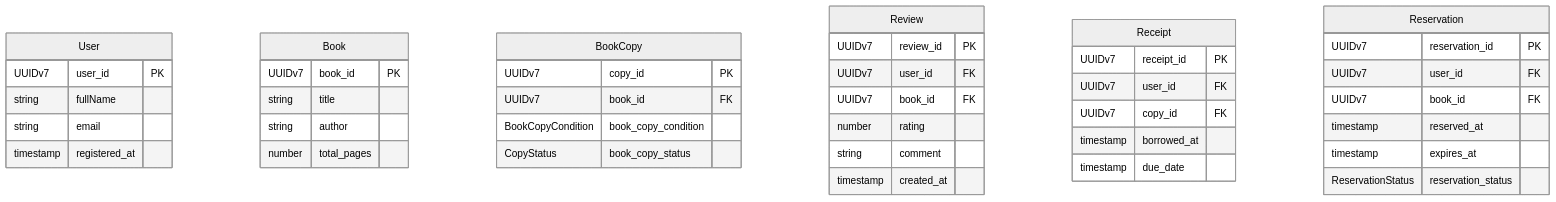
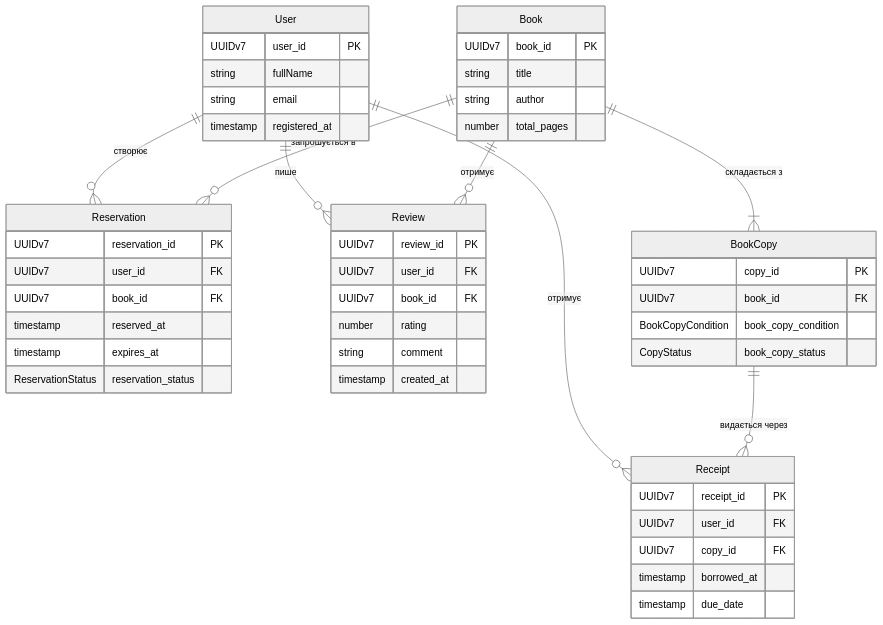
One commit to dimpennn/KPI-2 changed the diagram in ERD.mmd. Above: the diagram before and after it, drawn with Mermaid (neutral theme).

Commit message:
add relations for ERD

```diff
--- a/ERD.mmd
+++ b/ERD.mmd
@@ -1,47 +1,57 @@
 erDiagram
+    User ||--o{ Reservation : "створює"
+    User ||--o{ Receipt : "отримує"
+    User ||--o{ Review : "пише"
+
+    Book ||--|{ BookCopy : "складається з"
+    Book ||--o{ Reservation : "запрошується в"
+    Book ||--o{ Review : "отримує"
+
+    BookCopy ||--o{ Receipt : "видається через"
+
     User {
         UUIDv7 user_id PK
         string fullName
         string email
         timestamp registered_at
     }
 
     Book {
         UUIDv7 book_id PK
         string title
         string author
         number total_pages
     }
 
     BookCopy {
         UUIDv7 copy_id PK
         UUIDv7 book_id FK
         BookCopyCondition book_copy_condition
         CopyStatus book_copy_status
     }
 
     Review {
         UUIDv7 review_id PK
         UUIDv7 user_id FK
         UUIDv7 book_id FK
         number rating
         string comment
         timestamp created_at
     }
 
     Receipt {
         UUIDv7 receipt_id PK
         UUIDv7 user_id FK
         UUIDv7 copy_id FK
         timestamp borrowed_at
         timestamp due_date
     }
 
     Reservation {
         UUIDv7 reservation_id PK
         UUIDv7 user_id FK
         UUIDv7 book_id FK
         timestamp reserved_at
         timestamp expires_at
         ReservationStatus reservation_status
     }
```
